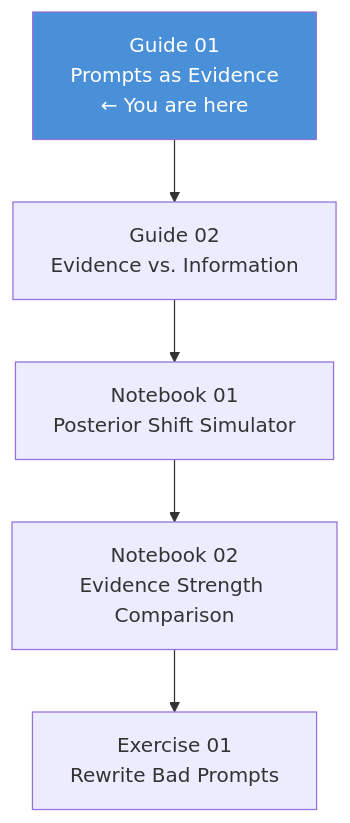
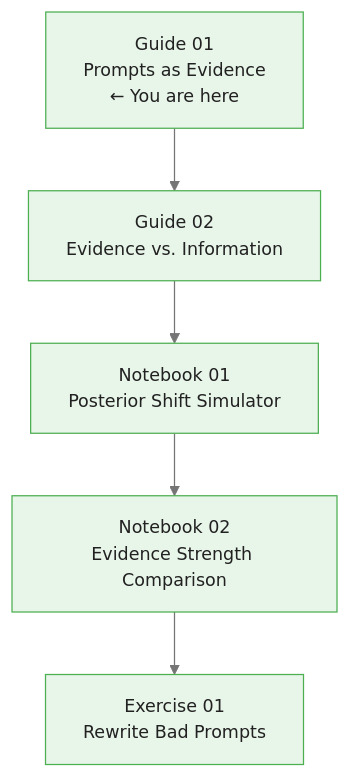
The third of 3 diagrams in courses/bayesian-prompt-engineering/modules/module_01_bayesian_frame/guides/01_prompts_as_evidence_slides.md (m-deane/course-creator), drawn with Mermaid before and after one commit. The commit also changed other lines of this file and 53 other files, not shown here.

````diff
--- a/courses/bayesian-prompt-engineering/modules/module_01_bayesian_frame/guides/01_prompts_as_evidence_slides.md
+++ b/courses/bayesian-prompt-engineering/modules/module_01_bayesian_frame/guides/01_prompts_as_evidence_slides.md
@@ -324,8 +332,8 @@
 ```mermaid
+%%{init: {"theme": "base", "themeVariables": {"primaryColor": "#e8f5e9", "primaryBorderColor": "#4caf50", "primaryTextColor": "#212121", "secondaryColor": "#e3f2fd", "tertiaryColor": "#fff8e1", "lineColor": "#757575", "fontFamily": "Inter, sans-serif", "fontSize": "14px"}}}%%
 flowchart TD
     G1["Guide 01\nPrompts as Evidence\n← You are here"] --> G2["Guide 02\nEvidence vs. Information"]
     G2 --> N1["Notebook 01\nPosterior Shift Simulator"]
     N1 --> N2["Notebook 02\nEvidence Strength Comparison"]
     N2 --> E1["Exercise 01\nRewrite Bad Prompts"]
-    style G1 fill:#4a90d9,color:#fff
 ```
````
